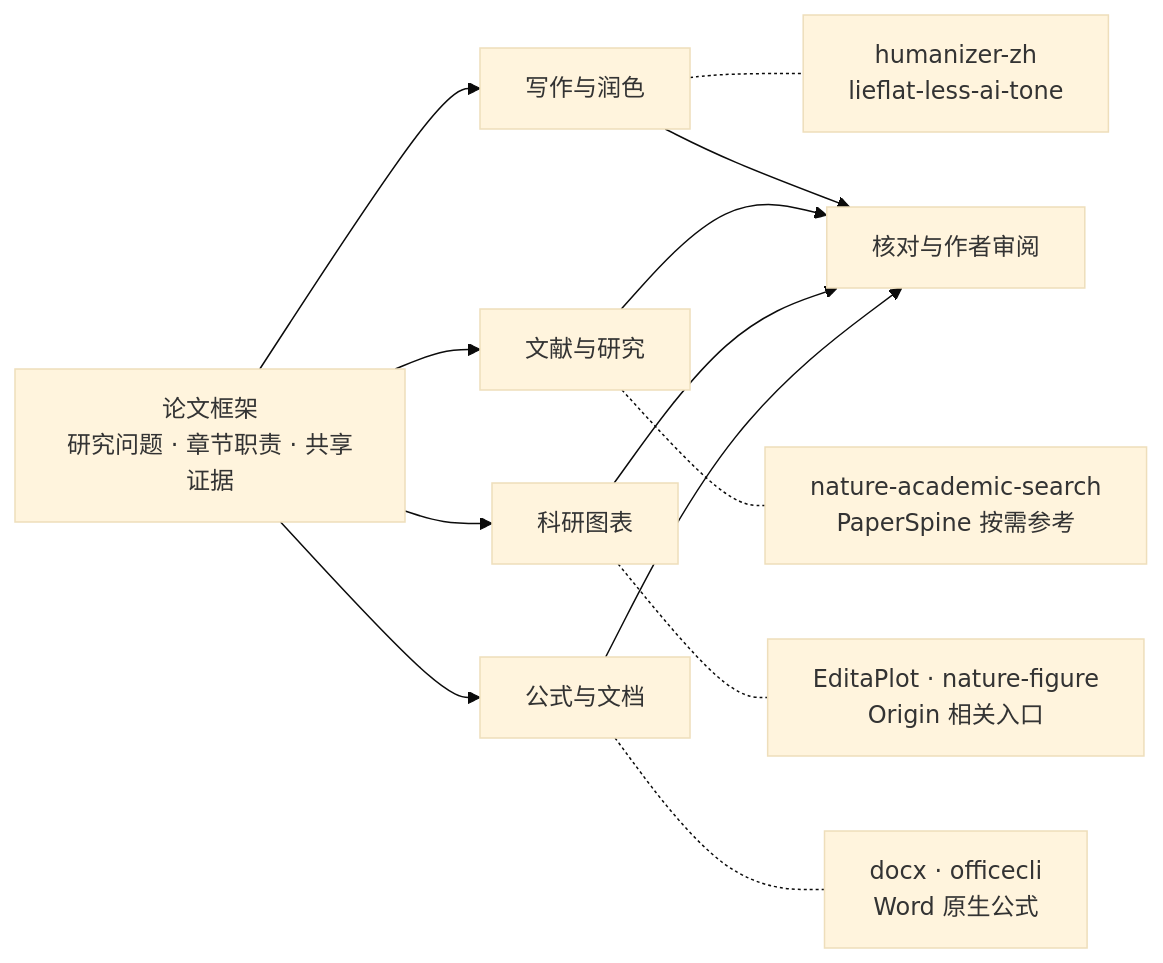
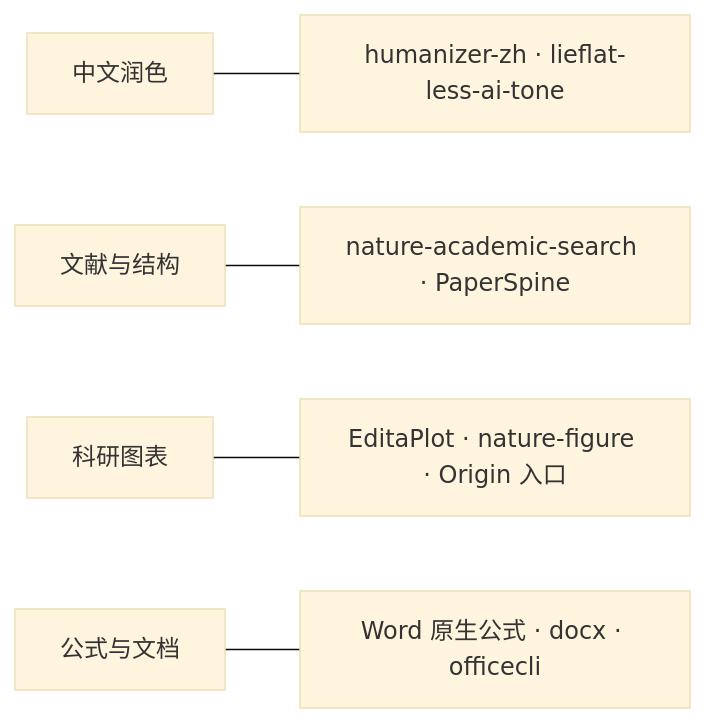
One commit to achnstu/Thesis-collaboration-framework changed the second of 2 diagrams in README.md. Above: the diagram before and after it, drawn with Mermaid (base theme). The commit also changed other lines of this file, not shown here.

Commit message:
docs: simplify workflow diagrams

````diff
--- a/README.md
+++ b/README.md
@@ -28,16 +19,7 @@
 ```mermaid
 flowchart LR
-    A["论文框架<br/>研究问题 · 章节职责 · 共享证据"]
-    A --> B["写作与润色"]
-    A --> C["文献与研究"]
-    A --> D["科研图表"]
-    A --> E["公式与文档"]
-    B -.- B1["humanizer-zh<br/>lieflat-less-ai-tone"]
-    C -.- C1["nature-academic-search<br/>PaperSpine 按需参考"]
-    D -.- D1["EditaPlot · nature-figure<br/>Origin 相关入口"]
-    E -.- E1["docx · officecli<br/>Word 原生公式"]
-    B --> F["核对与作者审阅"]
-    C --> F
-    D --> F
-    E --> F
+    A["中文润色"] --- A1["humanizer-zh · lieflat-less-ai-tone"]
+    B["文献与结构"] --- B1["nature-academic-search · PaperSpine"]
+    C["科研图表"] --- C1["EditaPlot · nature-figure · Origin 入口"]
+    D["公式与文档"] --- D1["Word 原生公式 · docx · officecli"]
 ```
````
